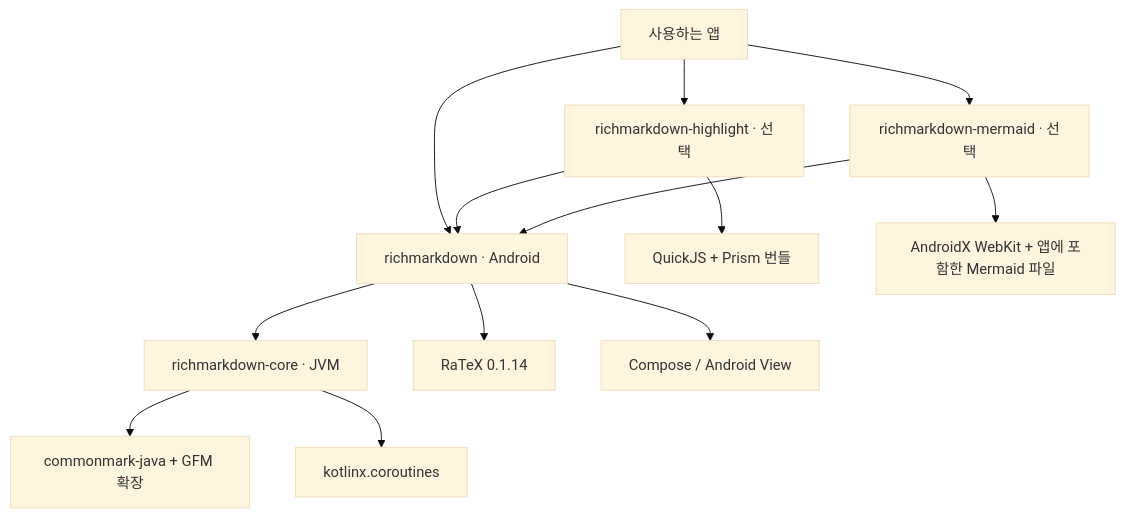
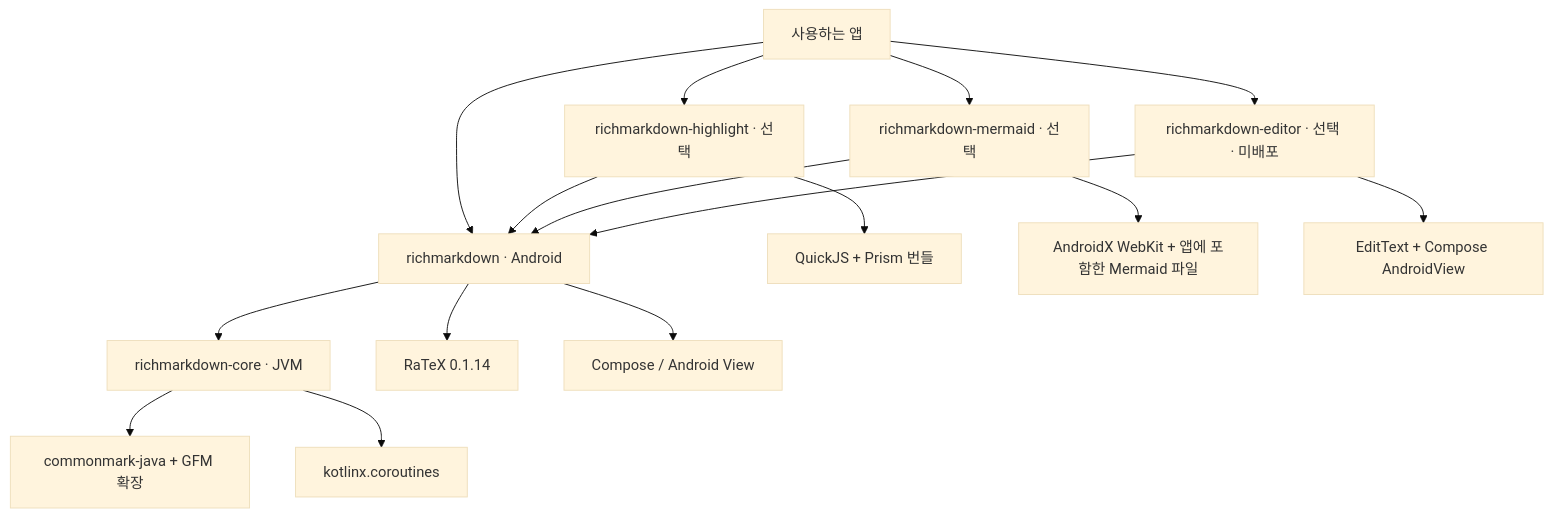
Before and after one commit to Jimmy-Jung/RichMarkdown-Android: the first of 2 diagrams in docs/report/architecture/README.md, drawn with Mermaid (base theme). The commit also changed other lines of this file and 16 other files, not shown here.

````diff
--- a/docs/report/architecture/README.md
+++ b/docs/report/architecture/README.md
@@ -16,15 +16,18 @@
 ```mermaid
 flowchart TD
     App["사용하는 앱"] --> Render["richmarkdown · Android"]
     App --> Highlight["richmarkdown-highlight · 선택"]
     App --> Diagram["richmarkdown-mermaid · 선택"]
+    App --> Editor["richmarkdown-editor · 선택 · 미배포"]
     Highlight --> Render
     Diagram --> Render
+    Editor --> Render
     Render --> Core["richmarkdown-core · JVM"]
     Core --> Parser["commonmark-java + GFM 확장"]
     Core --> Coroutines["kotlinx.coroutines"]
     Render --> Math["RaTeX 0.1.14"]
     Render --> UI["Compose / Android View"]
     Highlight --> JS["QuickJS + Prism 번들"]
     Diagram --> Web["AndroidX WebKit + 앱에 포함한 Mermaid 파일"]
+    Editor --> EditText["EditText + Compose AndroidView"]
 ```
````
